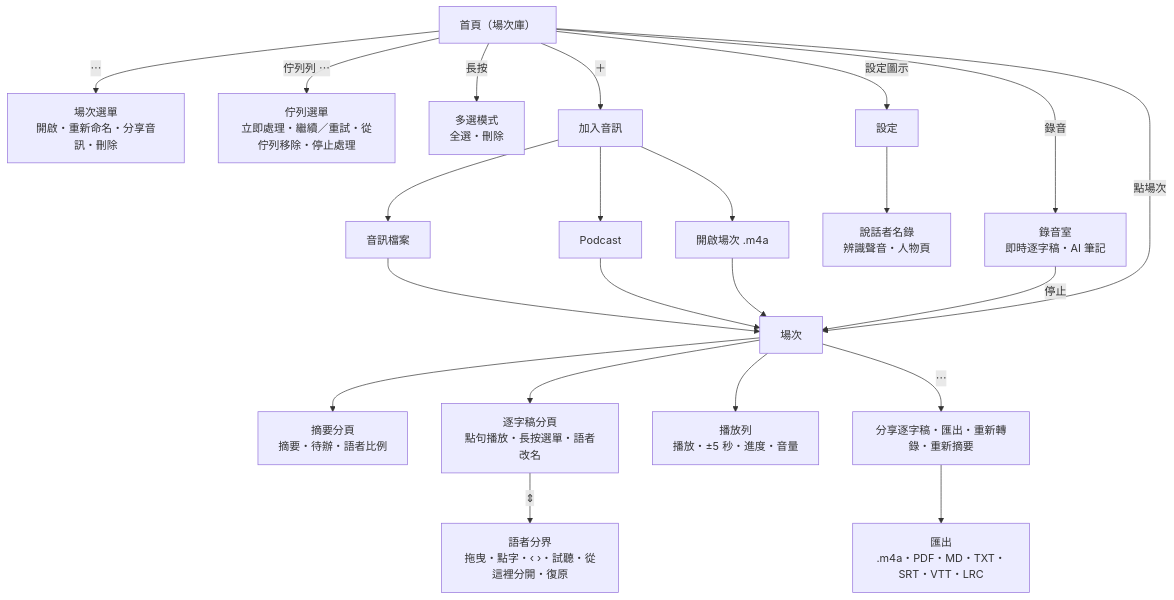
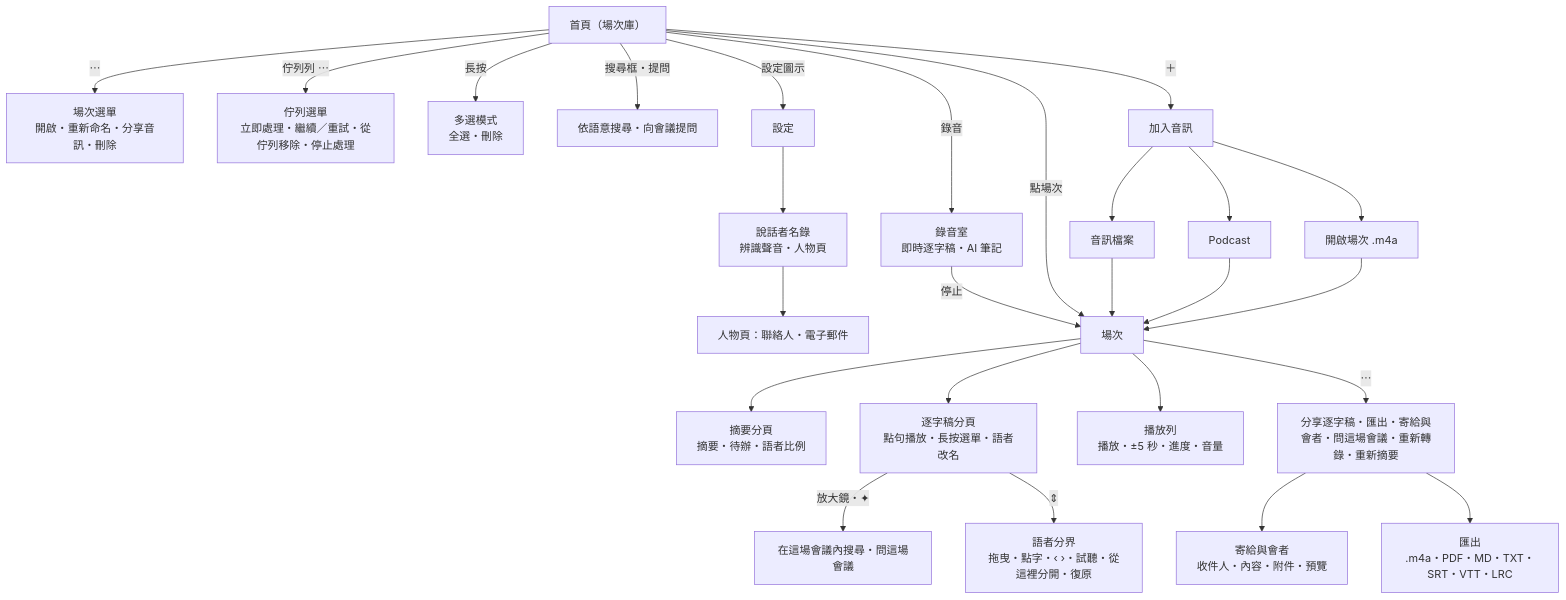
Before and after one commit to vieenrose/PrimeMinutes: the diagram in docs/USER_GUIDE.md, drawn with Mermaid. The commit also changed other lines of this file and 7 other files, not shown here.

````diff
--- a/docs/USER_GUIDE.md
+++ b/docs/USER_GUIDE.md
@@ -13,25 +13,29 @@
 ```mermaid
 flowchart TD
     Home["首頁（場次庫）"]
     Home -->|"⋯"| RowMenu["場次選單<br/>開啟・重新命名・分享音訊・刪除"]
     Home -->|"佇列列 ⋯"| QueueMenu["佇列選單<br/>立即處理・繼續／重試・從佇列移除・停止處理"]
     Home -->|長按| Select["多選模式<br/>全選・刪除"]
+    Home -->|"搜尋框・提問"| Ask["依語意搜尋・向會議提問"]
     Home -->|＋| Add["加入音訊"]
     Add --> File["音訊檔案"]
     Add --> Podcast["Podcast"]
     Add --> Open["開啟場次 .m4a"]
     Home -->|設定圖示| Settings["設定"]
     Settings --> People["說話者名錄<br/>辨識聲音・人物頁"]
+    People --> Contact["人物頁：聯絡人・電子郵件"]
     Home -->|錄音| Booth["錄音室<br/>即時逐字稿・AI 筆記"]
     Booth -->|停止| Session
     Home -->|點場次| Session["場次"]
     File --> Session
     Podcast --> Session
     Open --> Session
     Session --> Summary["摘要分頁<br/>摘要・待辦・語者比例"]
     Session --> Transcript["逐字稿分頁<br/>點句播放・長按選單・語者改名"]
+    Transcript -->|"放大鏡・✦"| MSearch["在這場會議內搜尋・問這場會議"]
     Transcript -->|"⇕"| Boundary["語者分界<br/>拖曳・點字・‹ ›・試聽・從這裡分開・復原"]
     Session --> Player["播放列<br/>播放・±5 秒・進度・音量"]
-    Session -->|"⋯"| More["分享逐字稿・匯出・重新轉錄・重新摘要"]
+    Session -->|"⋯"| More["分享逐字稿・匯出・寄給與會者・問這場會議・重新轉錄・重新摘要"]
+    More --> Mail["寄給與會者<br/>收件人・內容・附件・預覽"]
     More --> Export["匯出<br/>.m4a・PDF・MD・TXT・SRT・VTT・LRC"]
 ```
````
